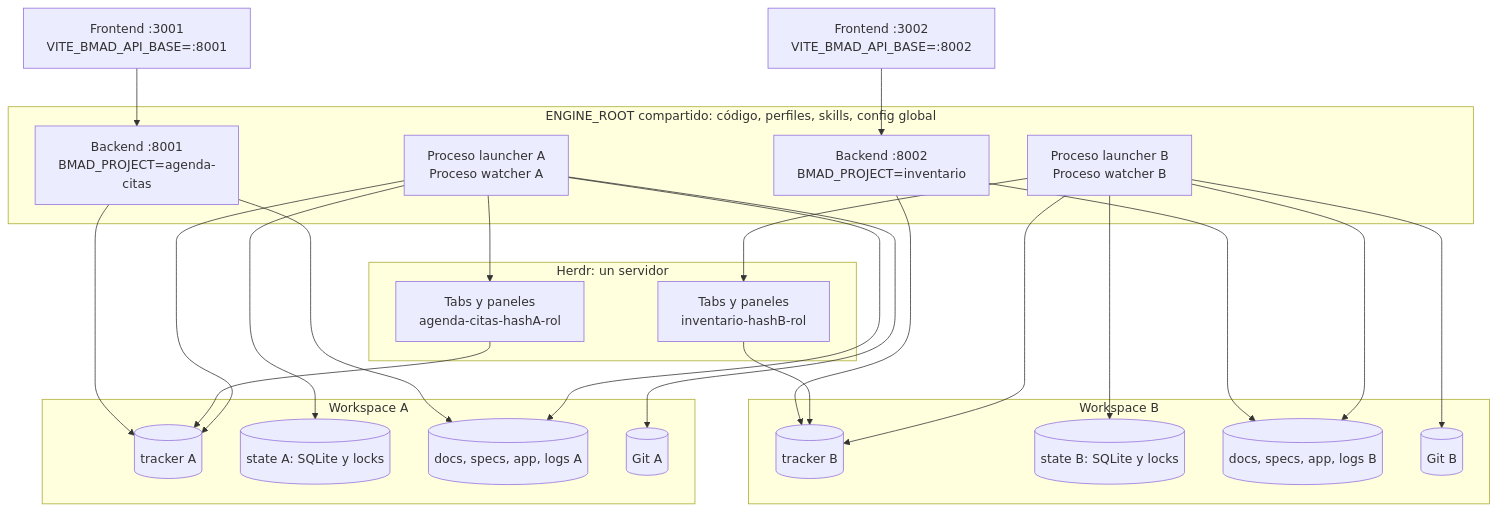
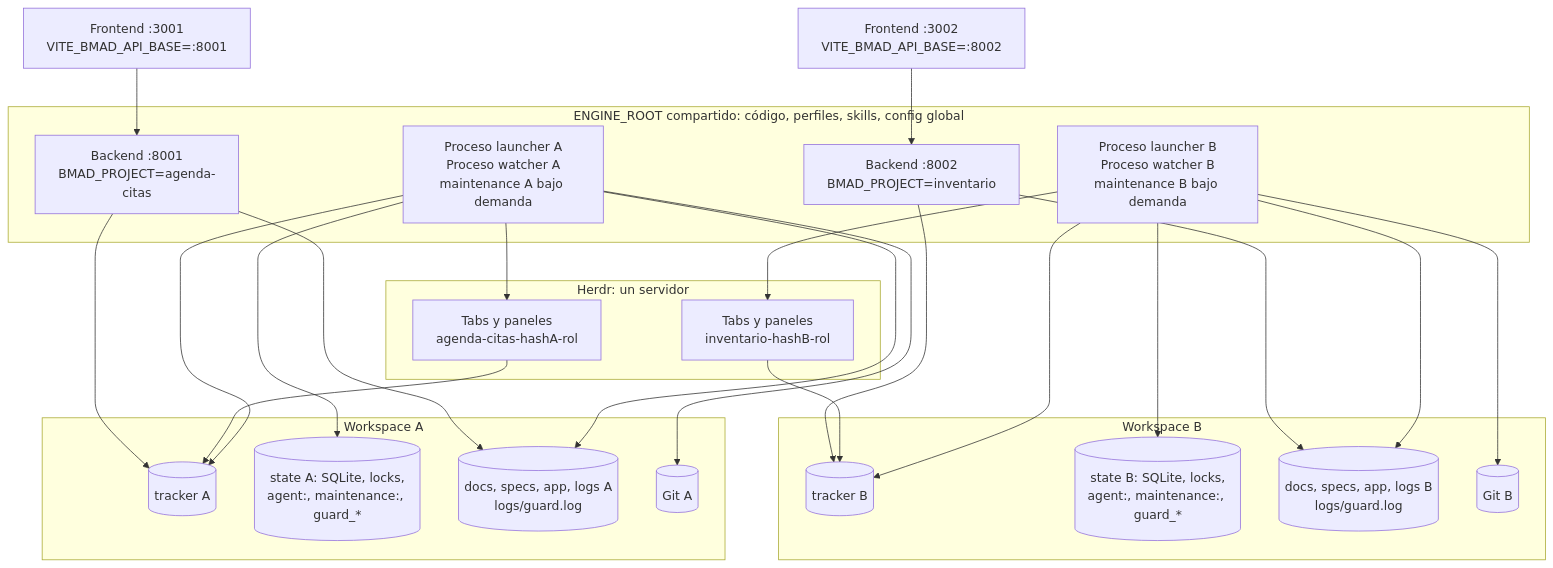
One commit to pauloravicaceres/template-bmad changed diagram 21 of 21 in ARCHITECTURE.md. Above: the diagram before and after it, drawn with Mermaid. The commit also changed other lines of this file and 39 other files, not shown here.

````diff
--- a/ARCHITECTURE.md
+++ b/ARCHITECTURE.md
@@ -524,35 +731,35 @@
 ```mermaid
 flowchart TB
     subgraph Motor["ENGINE_ROOT compartido: código, perfiles, skills, config global"]
-        RA["Proceso launcher A<br/>Proceso watcher A"]
-        RB["Proceso launcher B<br/>Proceso watcher B"]
+        RA["Proceso launcher A<br/>Proceso watcher A<br/>maintenance A bajo demanda"]
+        RB["Proceso launcher B<br/>Proceso watcher B<br/>maintenance B bajo demanda"]
         DA["Backend :8001<br/>BMAD_PROJECT=agenda-citas"]
         DB["Backend :8002<br/>BMAD_PROJECT=inventario"]
     end
     subgraph HerdrSrv["Herdr: un servidor"]
         HA["Tabs y paneles<br/>agenda-citas-hashA-rol"]
         HB["Tabs y paneles<br/>inventario-hashB-rol"]
     end
     subgraph WA["Workspace A"]
         TA[("tracker A")]
-        SA[("state A: SQLite y locks")]
-        AA[("docs, specs, app, logs A")]
+        SA[("state A: SQLite, locks,<br/>agent:, maintenance:, guard_*")]
+        AA[("docs, specs, app, logs A<br/>logs/guard.log")]
         GA[("Git A")]
     end
     subgraph WB["Workspace B"]
         TB[("tracker B")]
-        SB[("state B: SQLite y locks")]
-        AB[("docs, specs, app, logs B")]
+        SB[("state B: SQLite, locks,<br/>agent:, maintenance:, guard_*")]
+        AB[("docs, specs, app, logs B<br/>logs/guard.log")]
         GB[("Git B")]
     end
     RA --> HA
     RB --> HB
     RA --> TA & SA & AA & GA
     RB --> TB & SB & AB & GB
     HA --> TA
     HB --> TB
     DA --> TA & AA
     DB --> TB & AB
     UA["Frontend :3001<br/>VITE_BMAD_API_BASE=:8001"] --> DA
     UB["Frontend :3002<br/>VITE_BMAD_API_BASE=:8002"] --> DB
 ```
````
